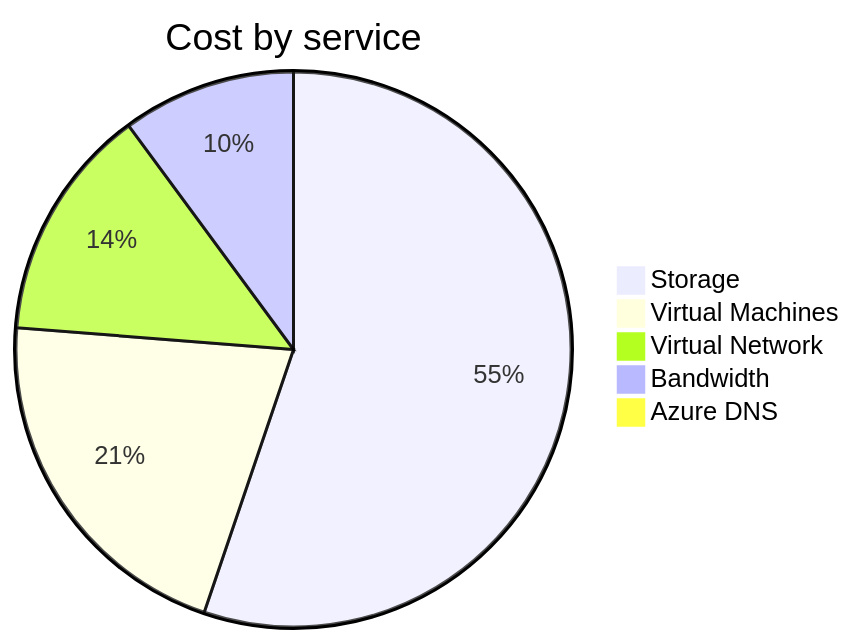
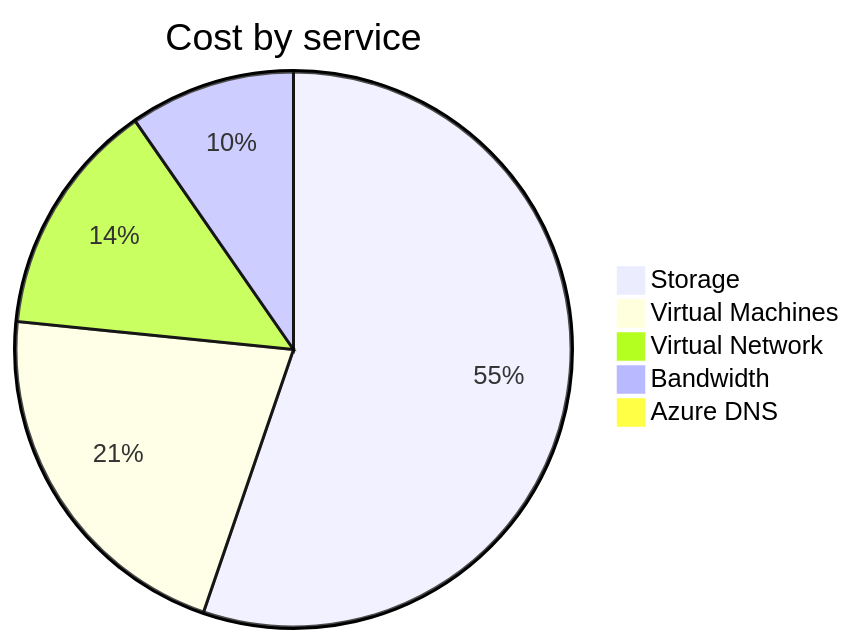
Before and after one commit to jpfulton/azure-personal-reports: the second of 4 diagrams in cost-reports/personal-network/README.md, drawn with Mermaid. The commit also changed other lines of this file and 8 other files, not shown here.

````diff
--- a/cost-reports/personal-network/README.md
+++ b/cost-reports/personal-network/README.md
@@ -99,9 +99,9 @@
 ```mermaid
 pie
    title Cost by service
-   "Storage" : 15.25
-   "Virtual Machines" : 5.81
-   "Virtual Network" : 3.77
+   "Storage" : 15.99
+   "Virtual Machines" : 6.18
+   "Virtual Network" : 3.98
    "Bandwidth" : 2.79
-   "Azure DNS" : 0.25
+   "Azure DNS" : 0.27
 ```
````
